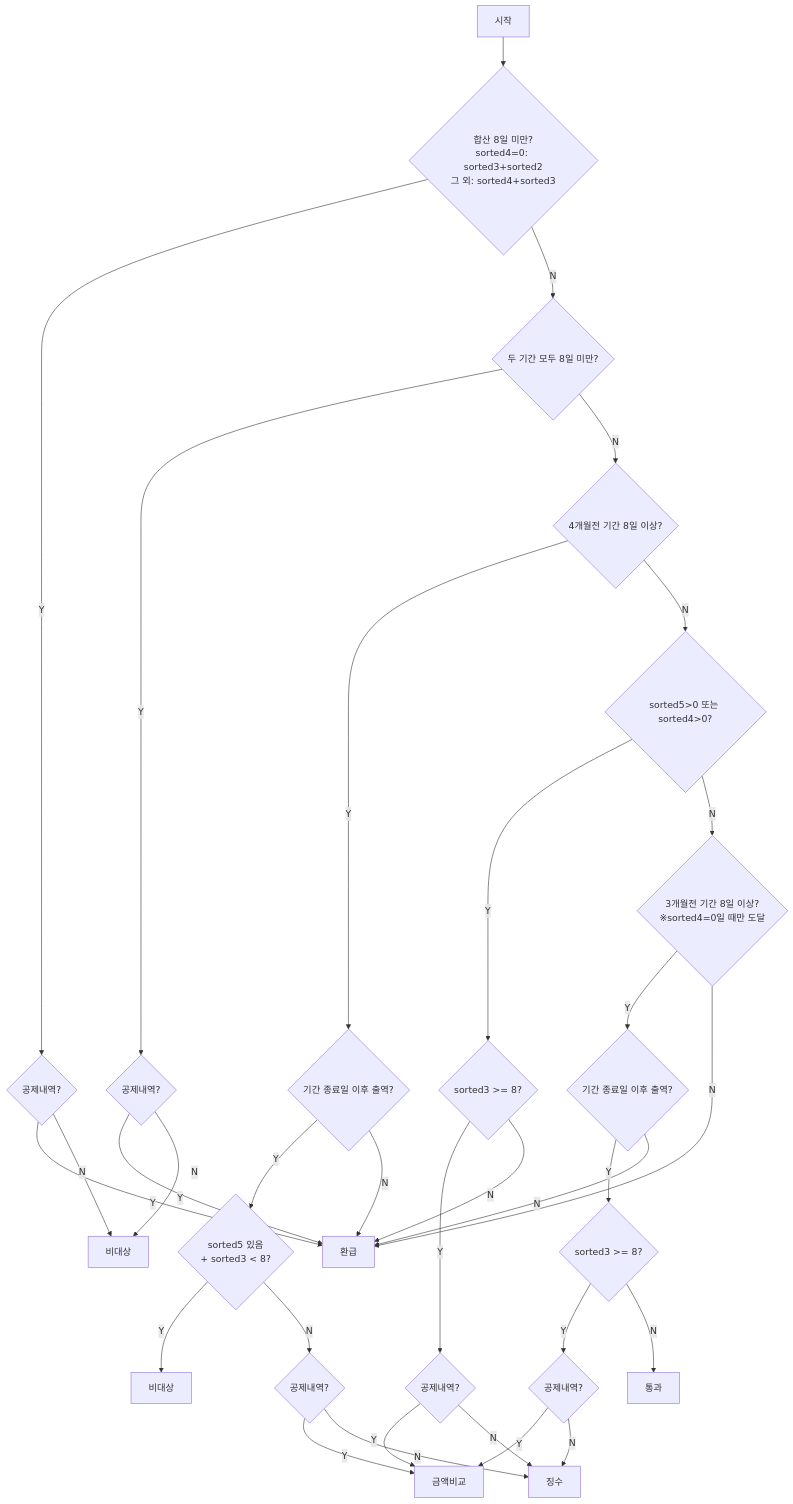
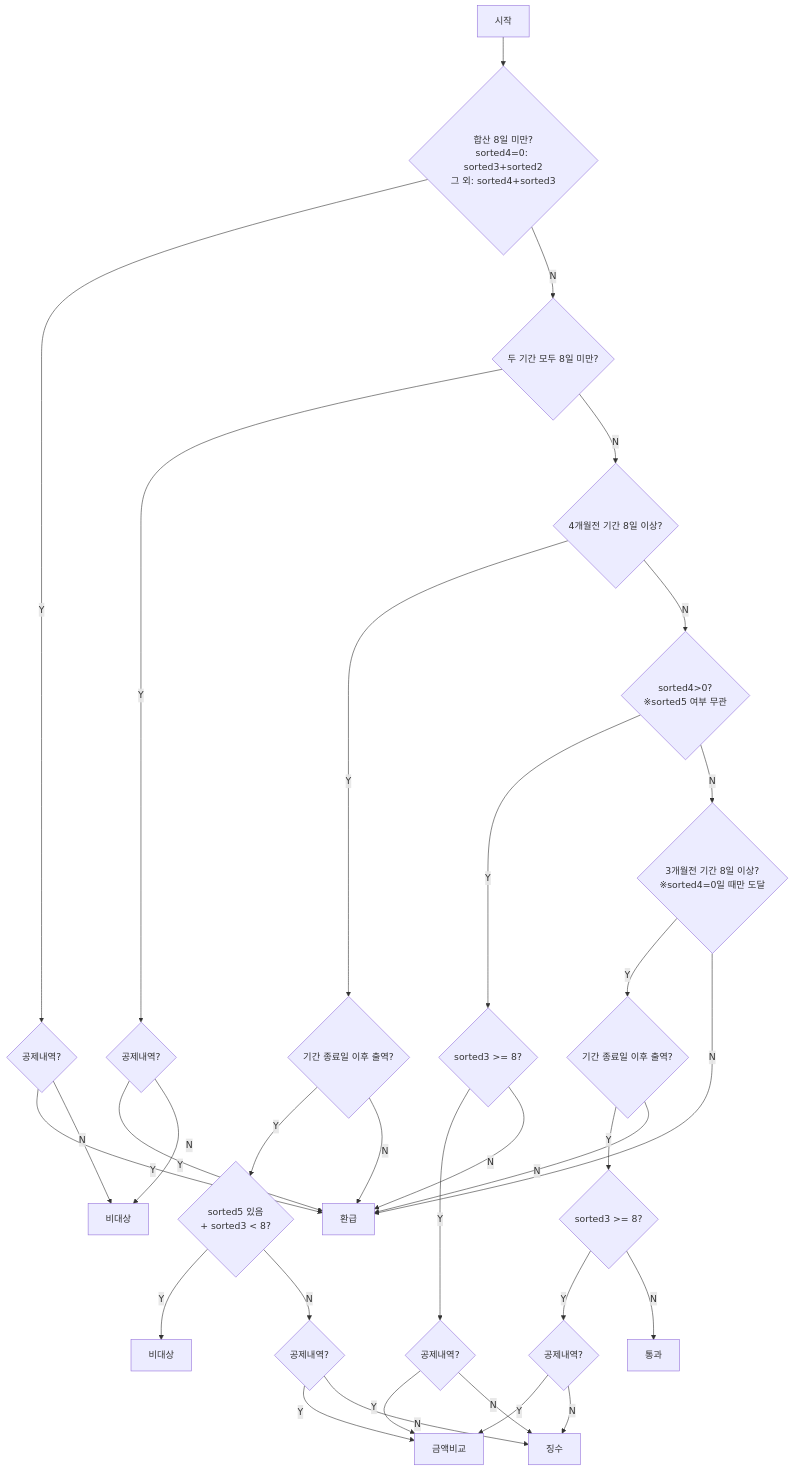
Before and after one commit to Qndtl/calendar: the second of 4 diagrams in docs/health-logic-flowcharts.md, drawn with Mermaid. The commit also changed other lines of this file and 4 other files, not shown here.

````diff
--- a/docs/health-logic-flowcharts.md
+++ b/docs/health-logic-flowcharts.md
@@ -86,34 +86,34 @@
 ```mermaid
 flowchart TD
     S[시작] --> A{"합산 8일 미만?\nsorted4=0: sorted3+sorted2\n그 외: sorted4+sorted3"}
     A -->|Y| A1{"공제내역?"}
     A1 -->|Y| REF[환급]
     A1 -->|N| NORE[비대상]
     A -->|N| B{"두 기간 모두 8일 미만?"}
     B -->|Y| B1{"공제내역?"}
     B1 -->|Y| REF
     B1 -->|N| NORE
     B -->|N| C{"4개월전 기간 8일 이상?"}
     C -->|Y| C1{"기간 종료일 이후 출역?"}
     C1 -->|Y| C2{"sorted5 있음\n+ sorted3 < 8?"}
     C1 -->|N| REF
     C2 -->|Y| PASS1[비대상]
     C2 -->|N| CCHK{"공제내역?"}
     CCHK -->|Y| AMT[금액비교]
     CCHK -->|N| DEDUCT[징수]
-    C -->|N| D{"sorted5>0 또는 sorted4>0?"}
+    C -->|N| D{"sorted4>0?\n※sorted5 여부 무관"}
     D -->|Y| F{"sorted3 >= 8?"}
     F -->|Y| FCHK{"공제내역?"}
     FCHK -->|Y| AMT
     FCHK -->|N| DEDUCT
     F -->|N| REF
     D -->|N| E{"3개월전 기간 8일 이상?\n※sorted4=0일 때만 도달"}
     E -->|Y| E1{"기간 종료일 이후 출역?"}
     E1 -->|Y| E2{"sorted3 >= 8?"}
     E1 -->|N| REF
     E2 -->|Y| ECHK{"공제내역?"}
     E2 -->|N| PASS2[통과]
     ECHK -->|Y| AMT
     ECHK -->|N| DEDUCT
     E -->|N| REF
 ```
````
